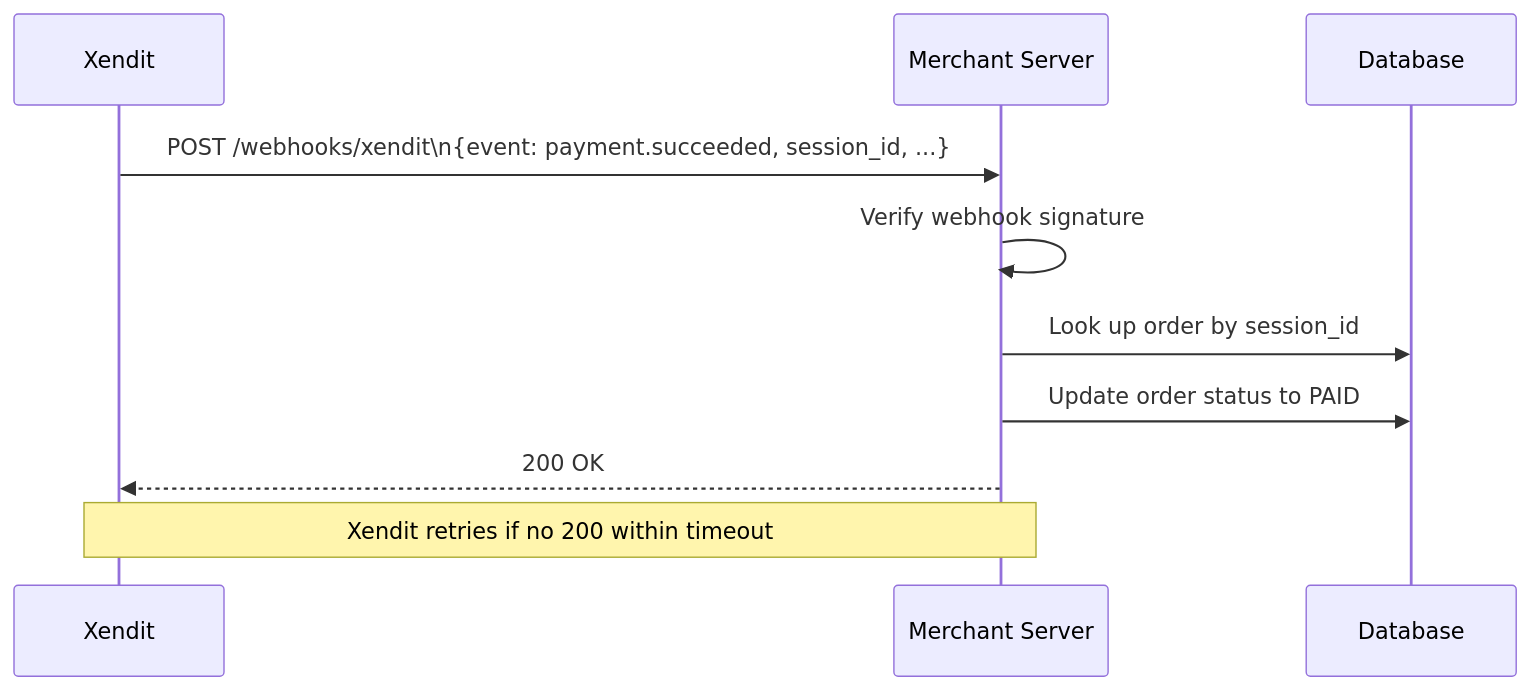
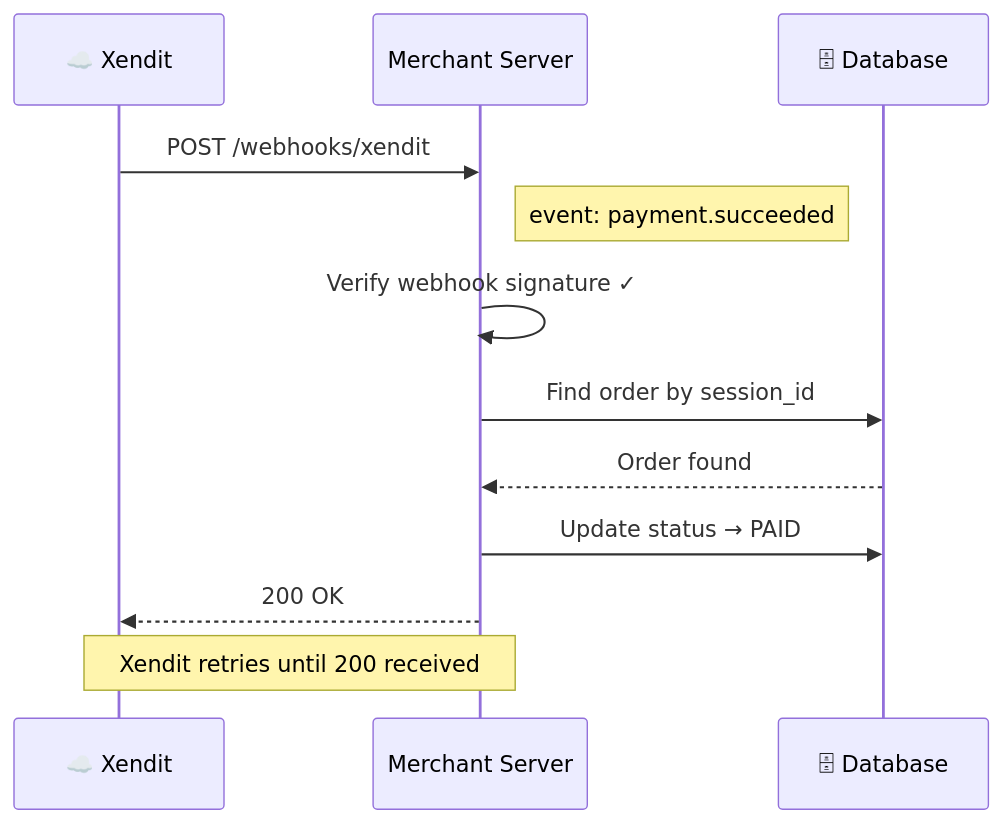
One commit to sabiqovsky/clm-components-guide changed the diagram in content/11-webhooks.md. Above: the diagram before and after it, drawn with Mermaid. The commit also changed 10 other files, not shown here.

First line of the commit message:
fix: overhaul all Mermaid diagrams for WCAG contrast and readability

````diff
--- a/content/11-webhooks.md
+++ b/content/11-webhooks.md
@@ -11,13 +11,15 @@
 ```mermaid
 sequenceDiagram
-    participant Xendit
+    participant Xendit as ☁️ Xendit
     participant Server as Merchant Server
-    participant DB as Database
+    participant DB as 🗄 Database
 
-    Xendit->>Server: POST /webhooks/xendit\n{event: payment.succeeded, session_id, ...}
-    Server->>Server: Verify webhook signature
-    Server->>DB: Look up order by session_id
-    Server->>DB: Update order status to PAID
+    Xendit->>Server: POST /webhooks/xendit
+    Note right of Server: event: payment.succeeded
+    Server->>Server: Verify webhook signature ✓
+    Server->>DB: Find order by session_id
+    DB-->>Server: Order found
+    Server->>DB: Update status → PAID
     Server-->>Xendit: 200 OK
-    Note over Xendit,Server: Xendit retries if no 200 within timeout
+    Note over Xendit,Server: Xendit retries until 200 received
 ```
````
